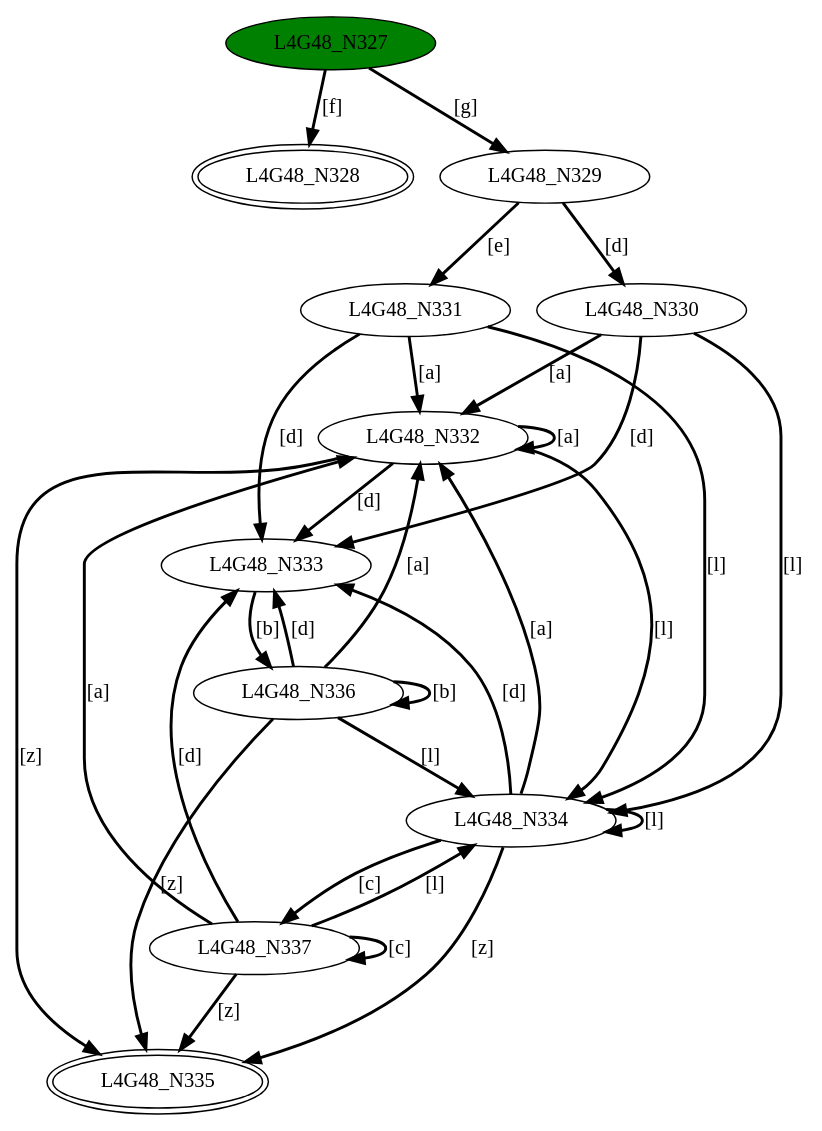
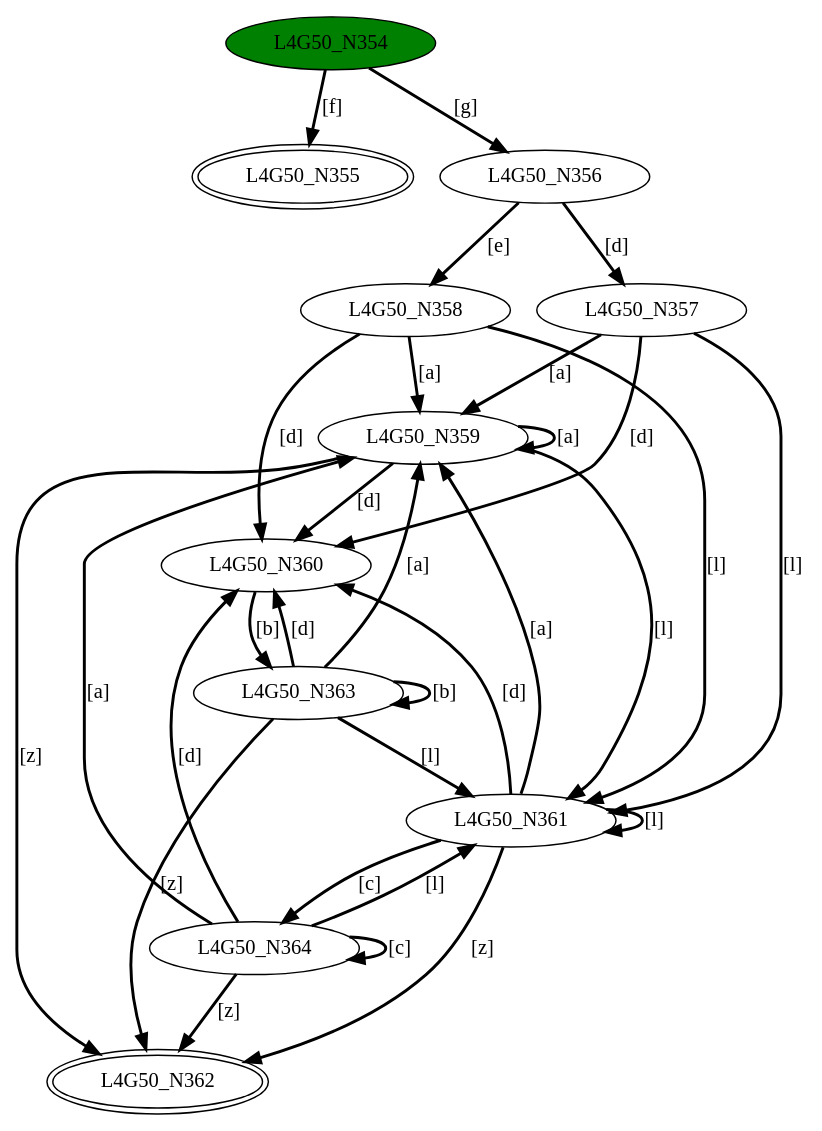
The diagram in DFASimulator/Testbench/mergeDFA4.dot (GDimitroulakos/EDUFLEX), drawn with Graphviz before and after one commit. The commit also changed 52 other files, not shown here.

Commit message:
Identify loops in the thompson algorithm generated NFA and expose it via coloring in the graphviz NFA graph

```diff
--- a/DFASimulator/Testbench/mergeDFA4.dot
+++ b/DFASimulator/Testbench/mergeDFA4.dot
@@ -1,43 +1,43 @@
-digraph G48{
-"L4G48_N327" [style=filled,fillcolor=green];
-"L4G48_N328" [peripheries=2];
-"L4G48_N329";
-"L4G48_N330";
-"L4G48_N331";
-"L4G48_N332";
-"L4G48_N333";
-"L4G48_N334";
-"L4G48_N335" [peripheries=2];
-"L4G48_N336";
-"L4G48_N337";
-"L4G48_N327"->"L4G48_N328" [style = bold, label = "[f]"];
-"L4G48_N327"->"L4G48_N329" [style = bold, label = "[g]"];
-"L4G48_N329"->"L4G48_N330" [style = bold, label = "[d]"];
-"L4G48_N329"->"L4G48_N331" [style = bold, label = "[e]"];
-"L4G48_N330"->"L4G48_N332" [style = bold, label = "[a]"];
-"L4G48_N330"->"L4G48_N333" [style = bold, label = "[d]"];
-"L4G48_N330"->"L4G48_N334" [style = bold, label = "[l]"];
-"L4G48_N331"->"L4G48_N332" [style = bold, label = "[a]"];
-"L4G48_N331"->"L4G48_N333" [style = bold, label = "[d]"];
-"L4G48_N331"->"L4G48_N334" [style = bold, label = "[l]"];
-"L4G48_N332"->"L4G48_N332" [style = bold, label = "[a]"];
-"L4G48_N332"->"L4G48_N333" [style = bold, label = "[d]"];
-"L4G48_N332"->"L4G48_N334" [style = bold, label = "[l]"];
-"L4G48_N332"->"L4G48_N335" [style = bold, label = "[z]"];
-"L4G48_N333"->"L4G48_N336" [style = bold, label = "[b]"];
-"L4G48_N334"->"L4G48_N332" [style = bold, label = "[a]"];
-"L4G48_N334"->"L4G48_N337" [style = bold, label = "[c]"];
-"L4G48_N334"->"L4G48_N333" [style = bold, label = "[d]"];
-"L4G48_N334"->"L4G48_N334" [style = bold, label = "[l]"];
-"L4G48_N334"->"L4G48_N335" [style = bold, label = "[z]"];
-"L4G48_N336"->"L4G48_N332" [style = bold, label = "[a]"];
-"L4G48_N336"->"L4G48_N336" [style = bold, label = "[b]"];
-"L4G48_N336"->"L4G48_N333" [style = bold, label = "[d]"];
-"L4G48_N336"->"L4G48_N334" [style = bold, label = "[l]"];
-"L4G48_N336"->"L4G48_N335" [style = bold, label = "[z]"];
-"L4G48_N337"->"L4G48_N332" [style = bold, label = "[a]"];
-"L4G48_N337"->"L4G48_N337" [style = bold, label = "[c]"];
-"L4G48_N337"->"L4G48_N333" [style = bold, label = "[d]"];
-"L4G48_N337"->"L4G48_N334" [style = bold, label = "[l]"];
-"L4G48_N337"->"L4G48_N335" [style = bold, label = "[z]"];
+digraph G50{
+"L4G50_N354" [style=filled,fillcolor=green];
+"L4G50_N355" [peripheries=2];
+"L4G50_N356";
+"L4G50_N357";
+"L4G50_N358";
+"L4G50_N359";
+"L4G50_N360";
+"L4G50_N361";
+"L4G50_N362" [peripheries=2];
+"L4G50_N363";
+"L4G50_N364";
+"L4G50_N354"->"L4G50_N355" [style = bold, label = "[f]"];
+"L4G50_N354"->"L4G50_N356" [style = bold, label = "[g]"];
+"L4G50_N356"->"L4G50_N357" [style = bold, label = "[d]"];
+"L4G50_N356"->"L4G50_N358" [style = bold, label = "[e]"];
+"L4G50_N357"->"L4G50_N359" [style = bold, label = "[a]"];
+"L4G50_N357"->"L4G50_N360" [style = bold, label = "[d]"];
+"L4G50_N357"->"L4G50_N361" [style = bold, label = "[l]"];
+"L4G50_N358"->"L4G50_N359" [style = bold, label = "[a]"];
+"L4G50_N358"->"L4G50_N360" [style = bold, label = "[d]"];
+"L4G50_N358"->"L4G50_N361" [style = bold, label = "[l]"];
+"L4G50_N359"->"L4G50_N359" [style = bold, label = "[a]"];
+"L4G50_N359"->"L4G50_N360" [style = bold, label = "[d]"];
+"L4G50_N359"->"L4G50_N361" [style = bold, label = "[l]"];
+"L4G50_N359"->"L4G50_N362" [style = bold, label = "[z]"];
+"L4G50_N360"->"L4G50_N363" [style = bold, label = "[b]"];
+"L4G50_N361"->"L4G50_N359" [style = bold, label = "[a]"];
+"L4G50_N361"->"L4G50_N364" [style = bold, label = "[c]"];
+"L4G50_N361"->"L4G50_N360" [style = bold, label = "[d]"];
+"L4G50_N361"->"L4G50_N361" [style = bold, label = "[l]"];
+"L4G50_N361"->"L4G50_N362" [style = bold, label = "[z]"];
+"L4G50_N363"->"L4G50_N359" [style = bold, label = "[a]"];
+"L4G50_N363"->"L4G50_N363" [style = bold, label = "[b]"];
+"L4G50_N363"->"L4G50_N360" [style = bold, label = "[d]"];
+"L4G50_N363"->"L4G50_N361" [style = bold, label = "[l]"];
+"L4G50_N363"->"L4G50_N362" [style = bold, label = "[z]"];
+"L4G50_N364"->"L4G50_N359" [style = bold, label = "[a]"];
+"L4G50_N364"->"L4G50_N364" [style = bold, label = "[c]"];
+"L4G50_N364"->"L4G50_N360" [style = bold, label = "[d]"];
+"L4G50_N364"->"L4G50_N361" [style = bold, label = "[l]"];
+"L4G50_N364"->"L4G50_N362" [style = bold, label = "[z]"];
 }
```
